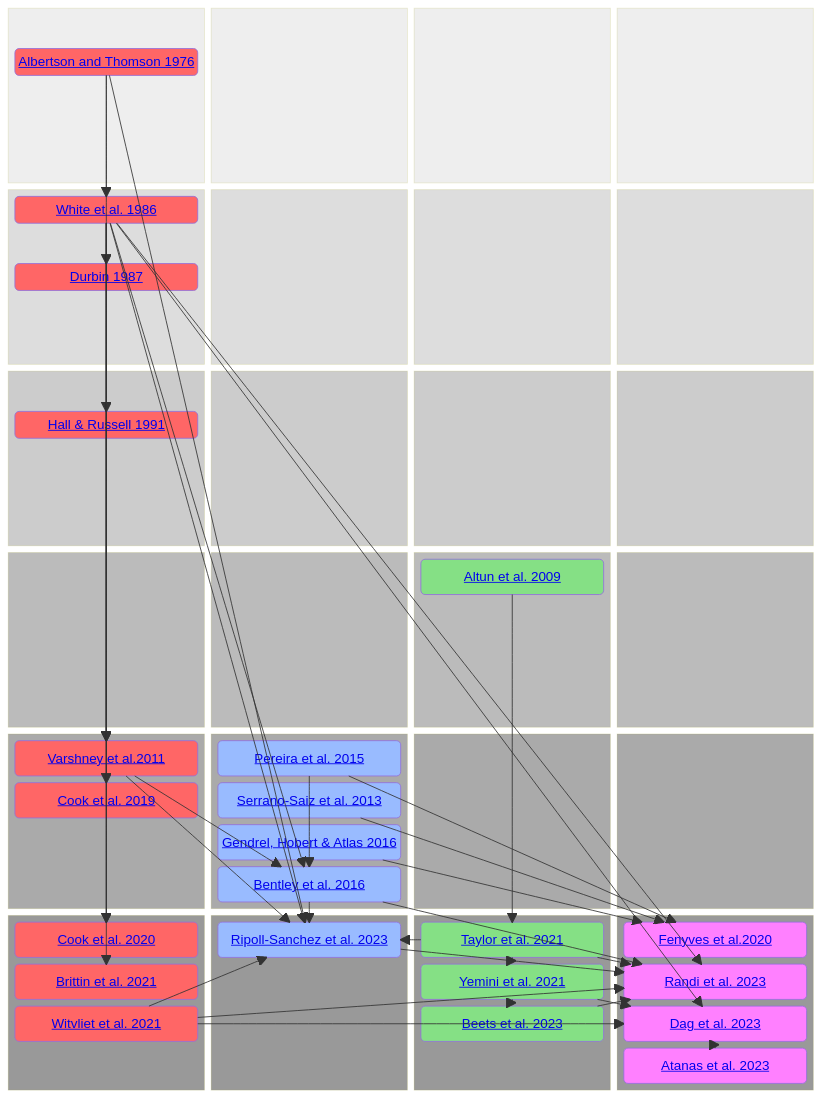
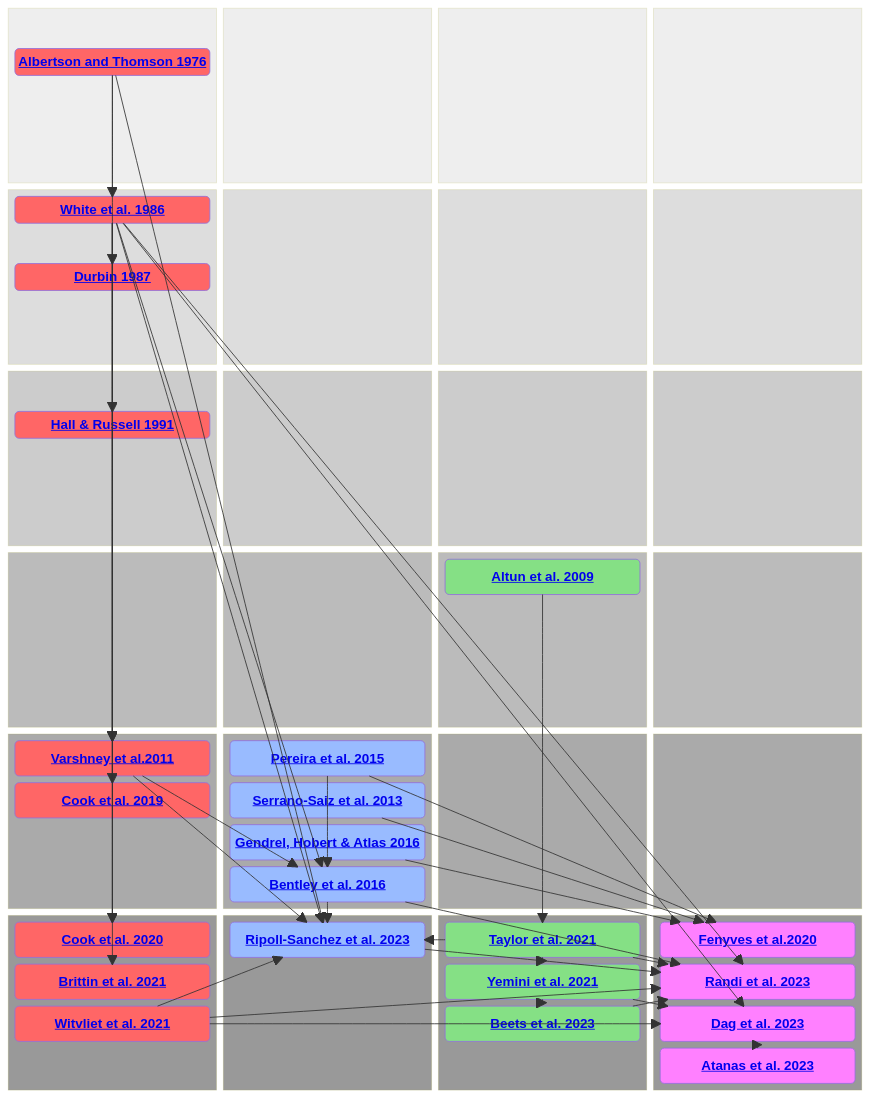
The second of 3 diagrams in docs/index.md (openworm/ConnectomeToolbox), drawn with Mermaid before and after one commit. The commit also changed other lines of this file, not shown here.

Commit message:
Update main page

```diff
--- a/docs/index.md
+++ b/docs/index.md
@@ -13,7 +27,7 @@
   block:70sA
     columns 1
     space    
-    A1("<a href='http://openworm.org/ConnectomeToolbox/Albertson_1976/'>Albertson and Thomson 1976</a>")
+    A1("<b><a href='http://openworm.org/ConnectomeToolbox/Albertson_1976/'>Albertson and Thomson 1976</a></b>")
     space space space
   end
 
@@ -34,9 +48,9 @@
 
   block:80sA
     columns 1
-    A("<a href='http://openworm.org/ConnectomeToolbox/White_1986/' >White et al. 1986</a>")
+    A("<b><a href='http://openworm.org/ConnectomeToolbox/White_1986/' >White et al. 1986</a></b>")
     space
-    B("<a href='http://openworm.org/ConnectomeToolbox/Durbin_1987/' >Durbin 1987</a>")
+    B("<b><a href='http://openworm.org/ConnectomeToolbox/Durbin_1987/' >Durbin 1987</a></b>")
     space
     space
   end
@@ -59,7 +73,7 @@
   block:90sA
     columns 1
     space
-    A2("<a href='http://openworm.org/ConnectomeToolbox/Hall_1991/'>Hall & Russell 1991</a>") space space space
+    A2("<b><a href='http://openworm.org/ConnectomeToolbox/Hall_1991/'>Hall & Russell 1991</a></b>") space space space
   end
   
   block:90sB
@@ -89,7 +103,7 @@
 
   block:00sC
     columns 1
-    C("<a href='http://openworm.org/ConnectomeToolbox/Altun_2009/'>Altun et al. 2009</a>")
+    C("<b><a href='http://openworm.org/ConnectomeToolbox/Altun_2009/'>Altun et al. 2009</a></b>")
     space space space
   end
   
@@ -100,18 +114,18 @@
 
   block:10sA
     columns 1
-    D("<a href='http://openworm.org/ConnectomeToolbox/Varshney_2011/'>Varshney et al.2011</a>") 
-    G("<a href='http://openworm.org/ConnectomeToolbox/Cook_2019/'>Cook et al. 2019</a>") 
+    D("<b><a href='http://openworm.org/ConnectomeToolbox/Varshney_2011/'>Varshney et al.2011</a></b>") 
+    G("<b><a href='http://openworm.org/ConnectomeToolbox/Cook_2019/'>Cook et al. 2019</a></b>") 
     space
     space
   end
 
   block:10sB
     columns 1
-    E("<a href='http://openworm.org/ConnectomeToolbox/Pereira_2015/'>Pereira et al. 2015</a>")
-    E1("<a href='http://openworm.org/ConnectomeToolbox/Serrano_2013/'>Serrano-Saiz et al. 2013</a>") 
-    E2("<a href='http://openworm.org/ConnectomeToolbox/Gendrel_2016/'>Gendrel, Hobert & Atlas 2016</a>")
-    F("<a href='http://openworm.org/ConnectomeToolbox/Bentley_2016/'>Bentley et al. 2016</a>")
+    E("<b><a href='http://openworm.org/ConnectomeToolbox/Pereira_2015/'>Pereira et al. 2015</a></b>")
+    E1("<b><a href='http://openworm.org/ConnectomeToolbox/Serrano_2013/'>Serrano-Saiz et al. 2013</a></b>") 
+    E2("<b><a href='http://openworm.org/ConnectomeToolbox/Gendrel_2016/'>Gendrel, Hobert & Atlas 2016</a></b>")
+    F("<b><a href='http://openworm.org/ConnectomeToolbox/Bentley_2016/'>Bentley et al. 2016</a></b>")
   end
   block:10sC
     columns 1
@@ -125,15 +139,15 @@
 
   block:20sA
     columns 1
-    I("<a href='http://openworm.org/ConnectomeToolbox/Cook_2020/'>Cook et al. 2020</a>")
-    J("<a href='http://openworm.org/ConnectomeToolbox/Brittin_2021'>Brittin et al. 2021</a>")
-    K("<a href='http://openworm.org/ConnectomeToolbox/Witvliet_2021'>Witvliet et al. 2021</a>")
+    I("<b><a href='http://openworm.org/ConnectomeToolbox/Cook_2020/'>Cook et al. 2020</a></b>")
+    J("<b><a href='http://openworm.org/ConnectomeToolbox/Brittin_2021'>Brittin et al. 2021</a></b>")
+    K("<b><a href='http://openworm.org/ConnectomeToolbox/Witvliet_2021'>Witvliet et al. 2021</a></b>")
     space
   end    
 
   block:20sB
     columns 1
-    NP("<a href='http://openworm.org/ConnectomeToolbox/Ripoll_2023'>Ripoll-Sanchez et al. 2023</a>")
+    NP("<b><a href='http://openworm.org/ConnectomeToolbox/Ripoll_2023'>Ripoll-Sanchez et al. 2023</a></b>")
     space
     space
     space
@@ -141,17 +155,17 @@
 
   block:20sC
     columns 1
-    L("<a href='http://openworm.org/ConnectomeToolbox/Taylor_2021'>Taylor et al. 2021</a>")
-    M("<a href='http://openworm.org/ConnectomeToolbox/Yemini_2021'>Yemini et al. 2021</a>")
-    N("<a href='http://openworm.org/ConnectomeToolbox/Beets_2023'>Beets et al. 2023</a>")
+    L("<b><a href='http://openworm.org/ConnectomeToolbox/Taylor_2021'>Taylor et al. 2021</a></b>")
+    M("<b><a href='http://openworm.org/ConnectomeToolbox/Yemini_2021'>Yemini et al. 2021</a></b>")
+    N("<b><a href='http://openworm.org/ConnectomeToolbox/Beets_2023'>Beets et al. 2023</a></b>")
     space
   end    
   block:20sD
     columns 1
-    H("<a href='http://openworm.org/ConnectomeToolbox/Fenyves_2020/'>Fenyves et al.2020</a>") 
-    P("<a href='http://openworm.org/ConnectomeToolbox/Randi_2023'>Randi et al. 2023</a>")
-    R("<a href='http://openworm.org/ConnectomeToolbox/Dag_2023'>Dag et al. 2023</a>")
-    T("<a href='http://openworm.org/ConnectomeToolbox/Atanas_2023'>Atanas et al. 2023</a>")
+    H("<b><a href='http://openworm.org/ConnectomeToolbox/Fenyves_2020/'>Fenyves et al.2020</a></b>") 
+    P("<b><a href='http://openworm.org/ConnectomeToolbox/Randi_2023'>Randi et al. 2023</a></b>")
+    R("<b><a href='http://openworm.org/ConnectomeToolbox/Dag_2023'>Dag et al. 2023</a></b>")
+    T("<b><a href='http://openworm.org/ConnectomeToolbox/Atanas_2023'>Atanas et al. 2023</a></b>")
   end     
 
     E --> H
```
